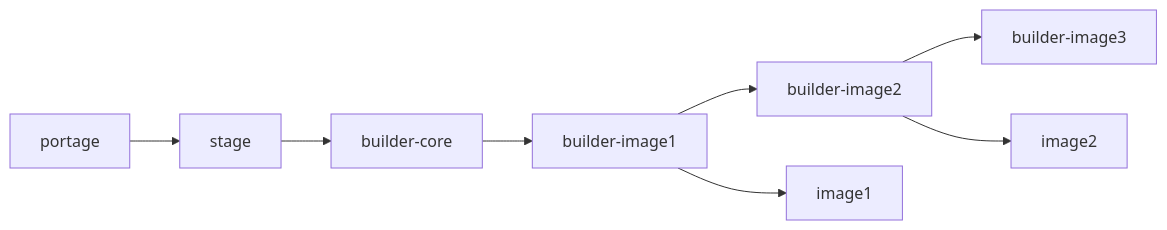
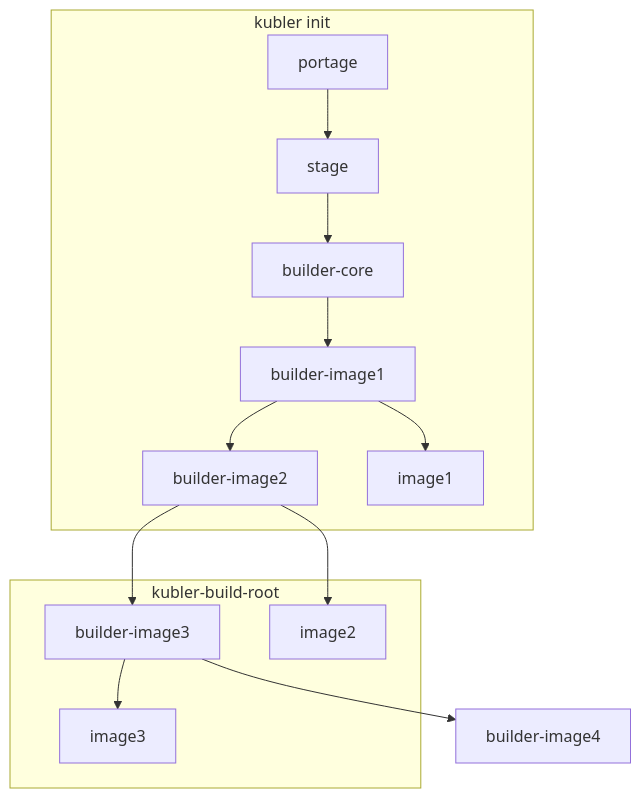
The diagram in ansible/kubler.md (cainam/home-cluster-deployment), drawn with Mermaid before and after one commit.

````diff
--- a/ansible/kubler.md
+++ b/ansible/kubler.md
@@ -8,10 +8,19 @@
 ```mermaid
-flowchart LR; 
+flowchart TD; 
+ subgraph kubler init
   portage-->stage;
   stage-->builder-core;
   builder-core-->builder-image1;
   builder-image1-->builder-image2
   builder-image1-->image1;
+  end
   builder-image2-->builder-image3
+  subgraph kubler-build-root
   builder-image2-->image2
+  end
+  builder-image3-->builder-image4
+  subgraph kubler-build-root
+  builder-image3-->image3
+  end
+
 ```
````
